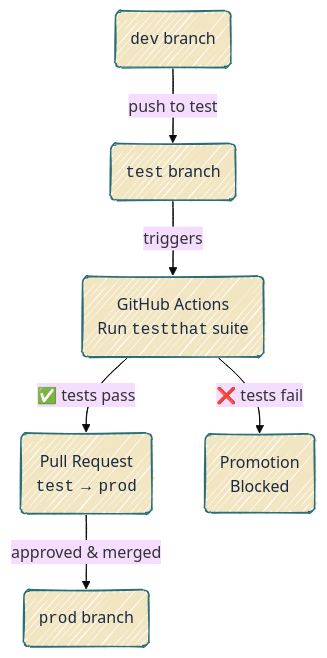
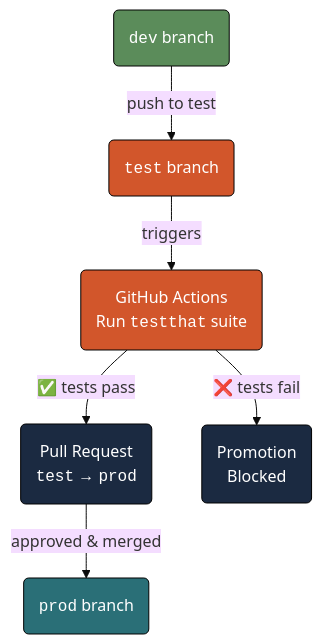
Before and after one commit to mjfrigaard/do4ds-labs: the second of 2 diagrams in publish-r-py.qmd, drawn with Mermaid. The commit also changed other lines of this file and 48 other files, not shown here.

````diff
--- a/publish-r-py.qmd
+++ b/publish-r-py.qmd
@@ -150,14 +157,19 @@
 ```{mermaid}
 %%| fig-cap: 'Running tests'
 %%| fig-width: 7.0
-%%| fig-align: center
-%%{init: {'theme': 'base', 'look': 'handDrawn', 'themeVariables': {'fontFamily': 'monospace'}}}%%
+%%| fig-align: 'center'
+%%{init: {'theme': 'base', 'themeVariables': {'fontFamily': 'monospace'}}}%%
 flowchart TD
     DevBr("<code>dev</code> branch") -->|"push to test"| TestBr("<code>test</code> branch")
     TestBr -->|"triggers"| GHA("GitHub Actions<br>Run <code>testthat</code> suite")
     GHA -->|"✅ tests pass"| PR("Pull Request<br><code>test</code> → <code>prod</code>")
     GHA -->|"❌ tests fail"| Block("Promotion<br>Blocked")
     PR -->|"approved & merged"| ProdBr("<code>prod</code> branch")
-    classDef default fill:#F2E6C2,stroke:#2A6F77,color:#1B2A41
+    style DevBr fill:#5B8C5A,stroke:#000000,stroke-width:1px,color:#ffffff
+    style TestBr fill:#D2562B,stroke:#000000,stroke-width:1px,color:#ffffff
+    style GHA fill:#D2562B,stroke:#000000,stroke-width:1px,color:#ffffff
+    style PR fill:#1B2A41,stroke:#000000,stroke-width:1px,color:#ffffff
+    style Block fill:#1B2A41,stroke:#000000,stroke-width:1px,color:#ffffff
+    style ProdBr fill:#2A6F77,stroke:#000000,stroke-width:1px,color:#ffffff
 
 ```
````
